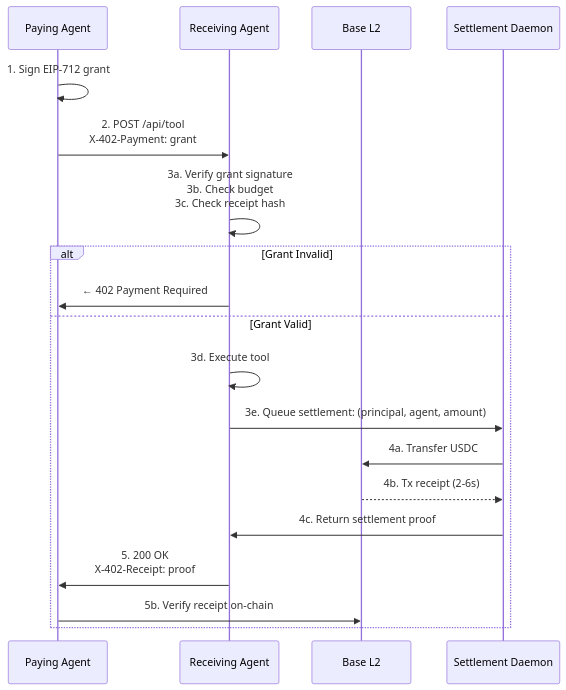
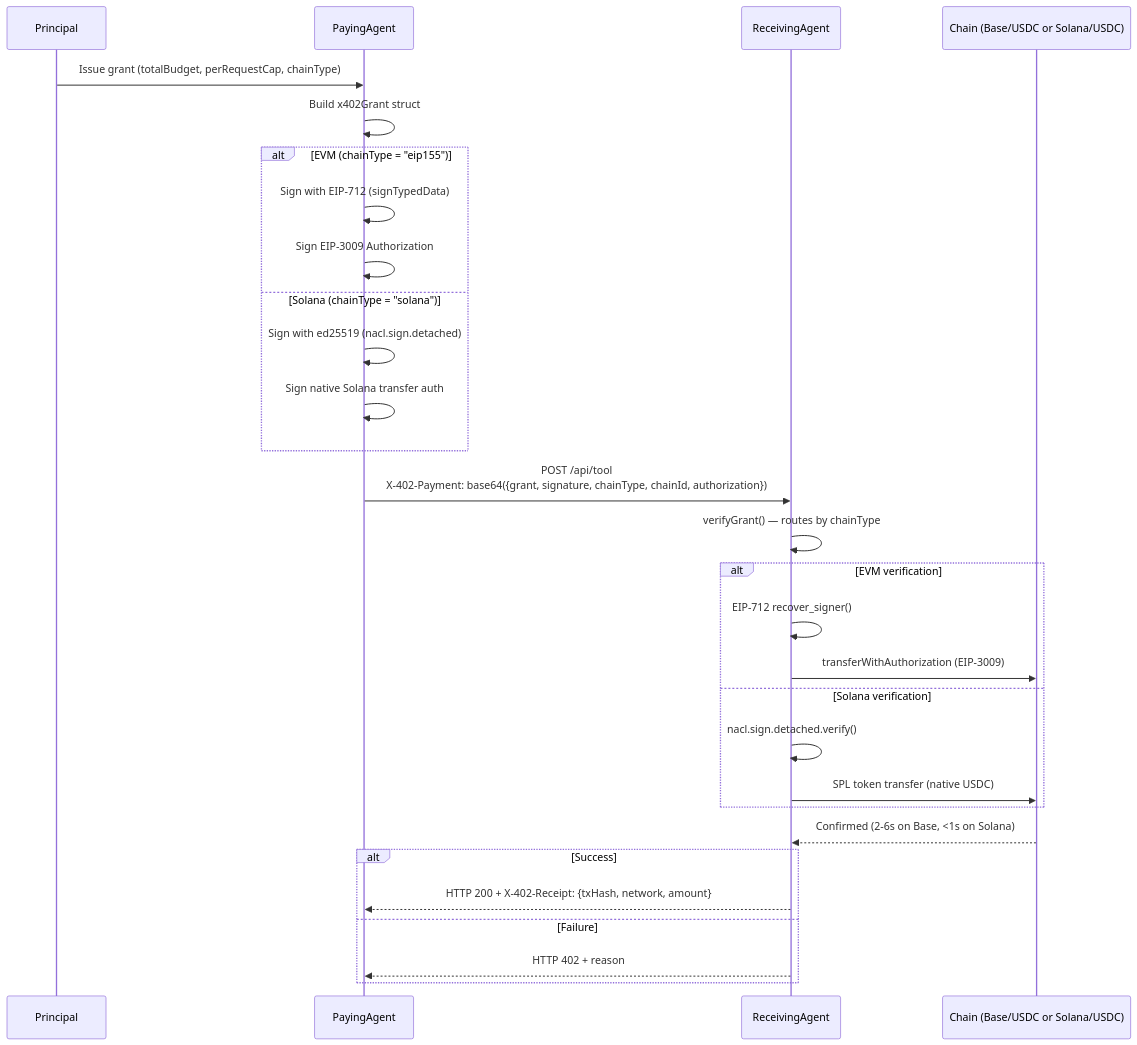
Before and after one commit to x402-foundation/x402: the diagram in specs/payment-flow.md, drawn with Mermaid. The commit also changed other lines of this file, not shown here.

Commit message:
feat: update payment-flow.md — Solana branch in sequence diagram, ed25519 path, timing table

````diff
--- a/specs/payment-flow.md
+++ b/specs/payment-flow.md
@@ -216,26 +16,37 @@
 ```mermaid
 sequenceDiagram
-    participant PA as Paying Agent
-    participant RA as Receiving Agent
-    participant Base as Base L2
-    participant SD as Settlement Daemon
+    participant Principal
+    participant PayingAgent
+    participant ReceivingAgent
+    participant Chain as Chain (Base/USDC or Solana/USDC)
 
-    PA->>PA: 1. Sign EIP-712 grant
-    PA->>RA: 2. POST /api/tool<br/>X-402-Payment: grant
-    
-    RA->>RA: 3a. Verify grant signature<br/>3b. Check budget<br/>3c. Check receipt hash
-    
-    alt Grant Invalid
-        RA->>PA: ← 402 Payment Required
-    else Grant Valid
-        RA->>RA: 3d. Execute tool
-        RA->>SD: 3e. Queue settlement: (principal, agent, amount)
-        
-        SD->>Base: 4a. Transfer USDC
-        Base-->>SD: 4b. Tx receipt (2-6s)
-        SD->>RA: 4c. Return settlement proof
-        
-        RA->>PA: 5. 200 OK<br/>X-402-Receipt: proof
-        PA->>Base: 5b. Verify receipt on-chain
+    Principal->>PayingAgent: Issue grant (totalBudget, perRequestCap, chainType)
+    PayingAgent->>PayingAgent: Build x402Grant struct
+
+    alt EVM (chainType = "eip155")
+        PayingAgent->>PayingAgent: Sign with EIP-712 (signTypedData)
+        PayingAgent->>PayingAgent: Sign EIP-3009 Authorization
+    else Solana (chainType = "solana")
+        PayingAgent->>PayingAgent: Sign with ed25519 (nacl.sign.detached)
+        PayingAgent->>PayingAgent: Sign native Solana transfer auth
+    end
+
+    PayingAgent->>ReceivingAgent: POST /api/tool<br/>X-402-Payment: base64({grant, signature, chainType, chainId, authorization})
+    ReceivingAgent->>ReceivingAgent: verifyGrant() — routes by chainType
+
+    alt EVM verification
+        ReceivingAgent->>ReceivingAgent: EIP-712 recover_signer()
+        ReceivingAgent->>Chain: transferWithAuthorization (EIP-3009)
+    else Solana verification
+        ReceivingAgent->>ReceivingAgent: nacl.sign.detached.verify()
+        ReceivingAgent->>Chain: SPL token transfer (native USDC)
+    end
+
+    Chain-->>ReceivingAgent: Confirmed (2-6s on Base, <1s on Solana)
+
+    alt Success
+        ReceivingAgent-->>PayingAgent: HTTP 200 + X-402-Receipt: {txHash, network, amount}
+    else Failure
+        ReceivingAgent-->>PayingAgent: HTTP 402 + reason
     end
 ```
````
